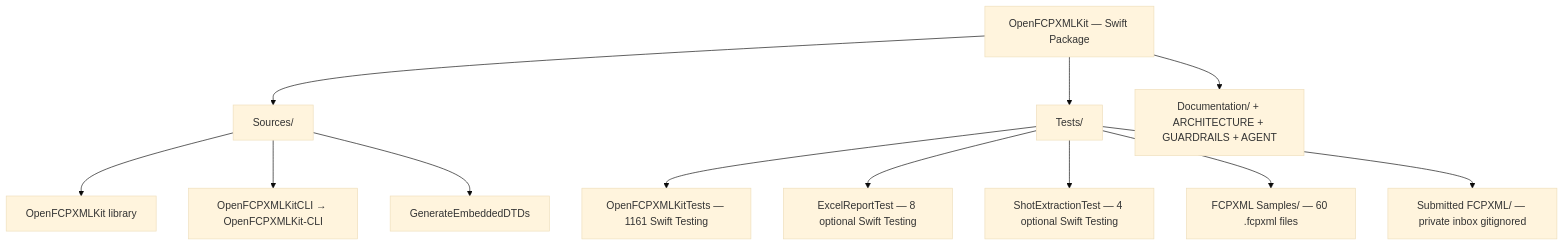
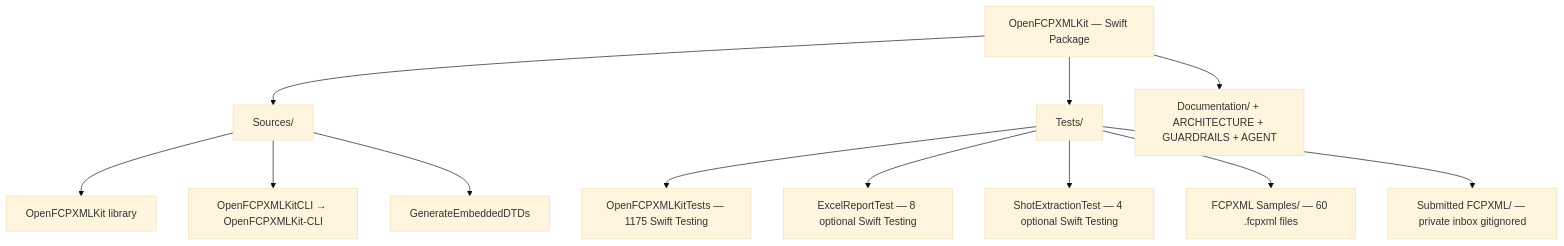
Before and after one commit to TheAcharya/OpenFCPXMLKit: the first of 6 diagrams in ARCHITECTURE.md, drawn with Mermaid (base theme). The commit also changed other lines of this file and 40 other files, not shown here.

````diff
--- a/ARCHITECTURE.md
+++ b/ARCHITECTURE.md
@@ -216,18 +216,18 @@
 ```mermaid
 flowchart TB
     Pkg["OpenFCPXMLKit — Swift Package"]
 
     Pkg --> SRC["Sources/"]
     Pkg --> TST["Tests/"]
     Pkg --> DOC["Documentation/ + ARCHITECTURE + GUARDRAILS + AGENT"]
 
     SRC --> LIB["OpenFCPXMLKit library"]
     SRC --> CLI["OpenFCPXMLKitCLI → OpenFCPXMLKit-CLI"]
     SRC --> GEN["GenerateEmbeddedDTDs"]
 
-    TST --> OKT["OpenFCPXMLKitTests — 1161 Swift Testing"]
+    TST --> OKT["OpenFCPXMLKitTests — 1175 Swift Testing"]
     TST --> ERT["ExcelReportTest — 8 optional Swift Testing"]
     TST --> SET["ShotExtractionTest — 4 optional Swift Testing"]
     TST --> SMP["FCPXML Samples/ — 60 .fcpxml files"]
     TST --> SUB["Submitted FCPXML/ — private inbox gitignored"]
 ```
````
